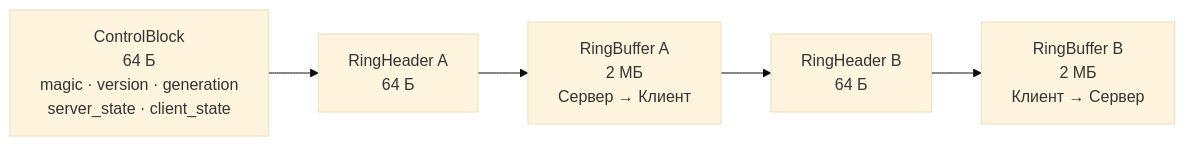
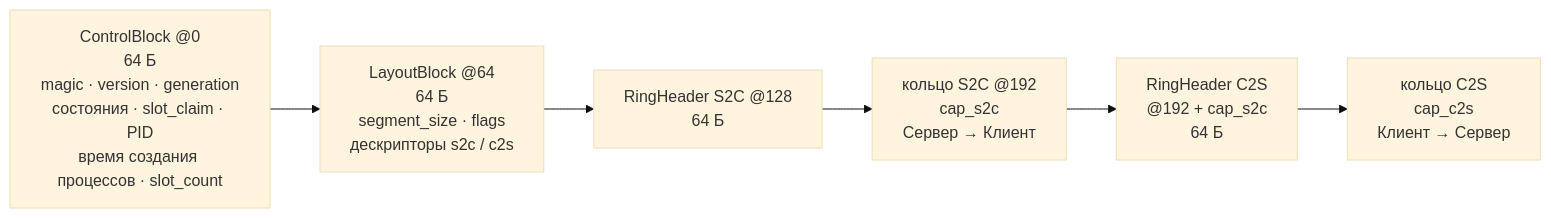
The second of 4 diagrams in README.ru.md (Platon7788/xshm), drawn with Mermaid (base theme) before and after one commit. The commit also changed other lines of this file and 4 other files, not shown here.

````diff
--- a/README.ru.md
+++ b/README.ru.md
@@ -162,9 +265,10 @@
 ```mermaid
 flowchart LR
-    CB["ControlBlock<br/>64 Б<br/>magic · version · generation<br/>server_state · client_state"]
-    RHA["RingHeader A<br/>64 Б"]
-    RBA["RingBuffer A<br/>2 МБ<br/>Сервер → Клиент"]
-    RHB["RingHeader B<br/>64 Б"]
-    RBB["RingBuffer B<br/>2 МБ<br/>Клиент → Сервер"]
-    CB --> RHA --> RBA --> RHB --> RBB
+    CB["ControlBlock @0<br/>64 Б<br/>magic · version · generation<br/>состояния · slot_claim · PID<br/>время создания процессов · slot_count"]
+    LB["LayoutBlock @64<br/>64 Б<br/>segment_size · flags<br/>дескрипторы s2c / c2s"]
+    RHA["RingHeader S2C @128<br/>64 Б"]
+    RBA["кольцо S2C @192<br/>cap_s2c<br/>Сервер → Клиент"]
+    RHB["RingHeader C2S<br/>@192 + cap_s2c<br/>64 Б"]
+    RBB["кольцо C2S<br/>cap_c2s<br/>Клиент → Сервер"]
+    CB --> LB --> RHA --> RBA --> RHB --> RBB
 ```
````
